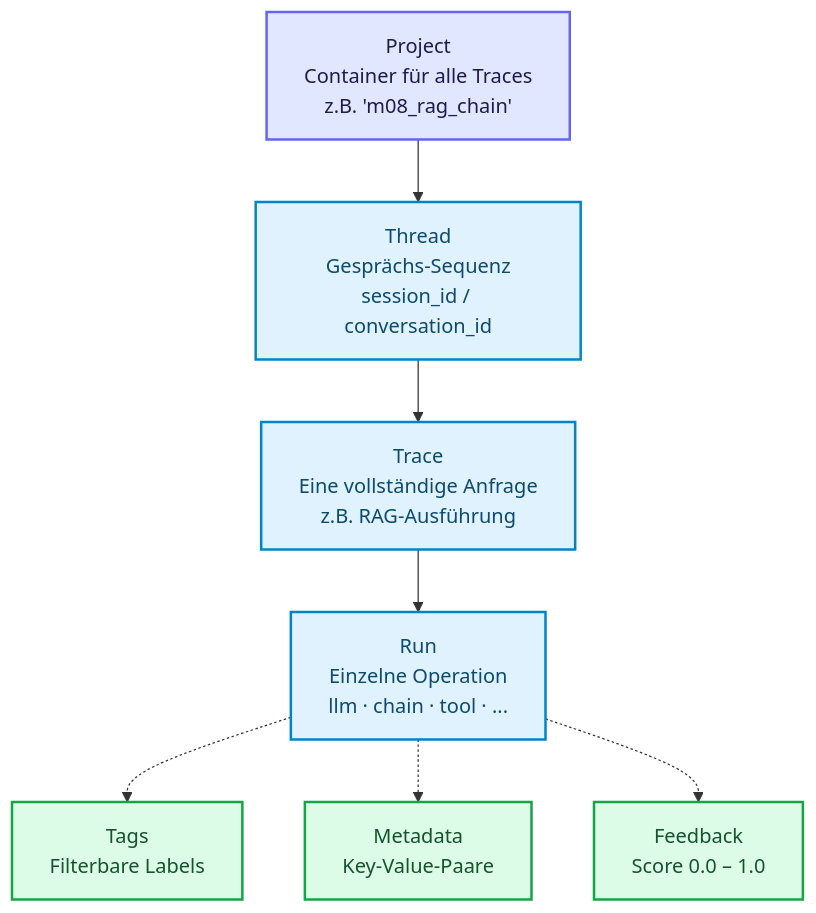
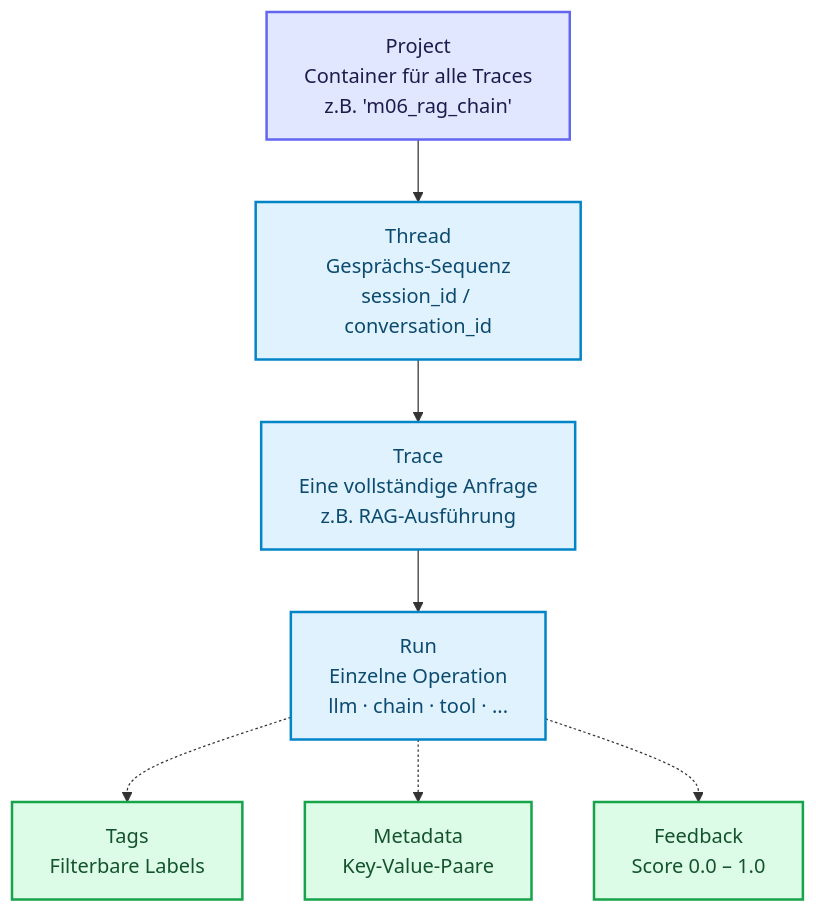
The second of 5 diagrams in docs/06-frameworks/einsteiger-langsmith.md (ralf-42/GenAI), drawn with Mermaid before and after one commit. The commit also changed other lines of this file and 3 other files, not shown here.

````diff
--- a/docs/06-frameworks/einsteiger-langsmith.md
+++ b/docs/06-frameworks/einsteiger-langsmith.md
@@ -159,26 +159,26 @@
 ```mermaid
 flowchart TB
-    PROJECT["Project<br>Container für alle Traces<br>z.B. 'm08_rag_chain'"]
+    PROJECT["Project<br>Container für alle Traces<br>z.B. 'm06_rag_chain'"]
     THREAD["Thread<br>Gesprächs-Sequenz<br>session_id / conversation_id"]
     TRACE["Trace<br>Eine vollständige Anfrage<br>z.B. RAG-Ausführung"]
     RUN["Run<br>Einzelne Operation<br>llm · chain · tool · ..."]
     TAGS["Tags<br>Filterbare Labels"]
     META["Metadata<br>Key-Value-Paare"]
     FEEDBACK["Feedback<br>Score 0.0 – 1.0"]
 
     PROJECT --> THREAD
     THREAD --> TRACE
     TRACE --> RUN
     RUN -.-> TAGS
     RUN -.-> META
     RUN -.-> FEEDBACK
 
 %% Funktionsfarben nach Mermaid_Best_Practices.md
 
     classDef default fill:#e0f2fe,stroke:#0284c7,stroke-width:2px,color:#0c4a6e;
     classDef input fill:#e0e7ff,stroke:#6366f1,stroke-width:2px,color:#1e1b4b;
     classDef output fill:#dcfce7,stroke:#16a34a,stroke-width:2px,color:#14532d;
 
     class PROJECT input;
     class TAGS,META,FEEDBACK output;
 ```
````
